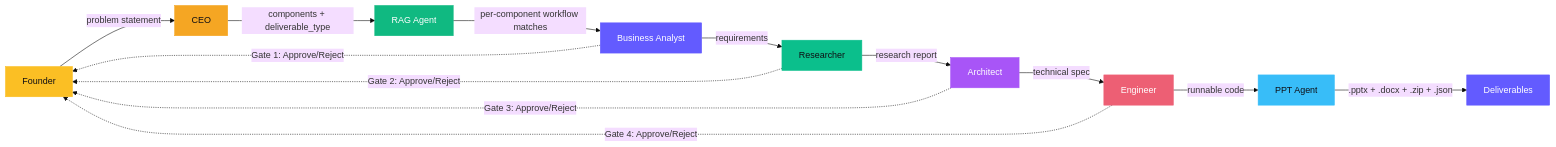
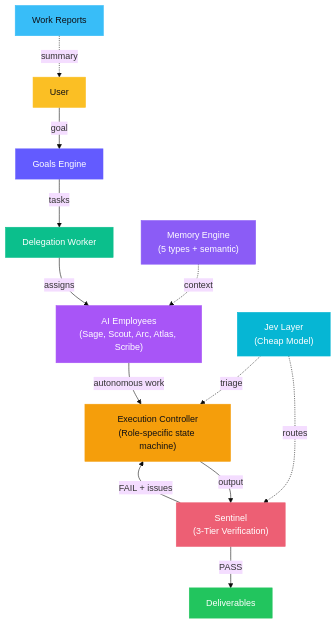
The diagram in vault/Home.md (laknanitish2110-sudo/ai-software-company), drawn with Mermaid (base theme) before and after one commit. The commit also changed other lines of this file and 7 other files, not shown here.

First line of the commit message:
docs: update Obsidian vault — core thesis, execution runtime, current roadmap

````diff
--- a/vault/Home.md
+++ b/vault/Home.md
@@ -106,27 +92,28 @@
 ```mermaid
-graph LR
-    F["Founder"] -->|problem statement| CEO
-    CEO -->|"components + deliverable_type"| RAG["RAG Agent"]
-    RAG -->|"per-component workflow matches"| BA["Business Analyst"]
-    BA -->|requirements| R["Researcher"]
-    R -->|research report| A["Architect"]
-    A -->|technical spec| E["Engineer"]
-    E -->|runnable code| PPT["PPT Agent"]
-
-    BA -.->|"Gate 1: Approve/Reject"| F
-    R -.->|"Gate 2: Approve/Reject"| F
-    A -.->|"Gate 3: Approve/Reject"| F
-    E -.->|"Gate 4: Approve/Reject"| F
-
-    PPT -->|".pptx + .docx + .zip + .json"| D["Deliverables"]
-
-    style CEO fill:#f5a623,stroke:#f5a623,color:#0f0f14
-    style BA fill:#635bff,stroke:#635bff,color:#fff
-    style R fill:#0bbf8c,stroke:#0bbf8c,color:#0f0f14
-    style A fill:#a855f7,stroke:#a855f7,color:#fff
-    style E fill:#ed5f74,stroke:#ed5f74,color:#fff
-    style PPT fill:#38bdf8,stroke:#38bdf8,color:#0f0f14
-    style F fill:#fbbf24,stroke:#fbbf24,color:#0f0f14
-    style RAG fill:#10b981,stroke:#10b981,color:#fff
-    style D fill:#635bff,stroke:#635bff,color:#fff
+graph TB
+    U["User"] -->|goal| GE["Goals Engine"]
+    GE -->|tasks| D["Delegation Worker"]
+    D -->|assigns| EMP["AI Employees<br/>(Sage, Scout, Arc, Atlas, Scribe)"]
+    EMP -->|autonomous work| EC["Execution Controller<br/>(Role-specific state machine)"]
+    EC -->|output| SEN["Sentinel<br/>(3-Tier Verification)"]
+    
+    SEN -->|PASS| DEL["Deliverables"]
+    SEN -->|FAIL + issues| EC
+    
+    JEV["Jev Layer<br/>(Cheap Model)"] -.->|routes| SEN
+    JEV -.->|triage| EC
+    
+    MEM["Memory Engine<br/>(5 types + semantic)"] -.->|context| EMP
+    WR["Work Reports"] -.->|summary| U
+    
+    style U fill:#fbbf24,stroke:#fbbf24,color:#0f0f14
+    style GE fill:#635bff,stroke:#635bff,color:#fff
+    style D fill:#0bbf8c,stroke:#0bbf8c,color:#fff
+    style EMP fill:#a855f7,stroke:#a855f7,color:#fff
+    style EC fill:#f59e0b,stroke:#f59e0b,color:#0f0f14
+    style SEN fill:#ed5f74,stroke:#ed5f74,color:#fff
+    style JEV fill:#06b6d4,stroke:#06b6d4,color:#fff
+    style DEL fill:#22c55e,stroke:#22c55e,color:#fff
+    style MEM fill:#8b5cf6,stroke:#8b5cf6,color:#fff
+    style WR fill:#38bdf8,stroke:#38bdf8,color:#0f0f14
 ```
````
